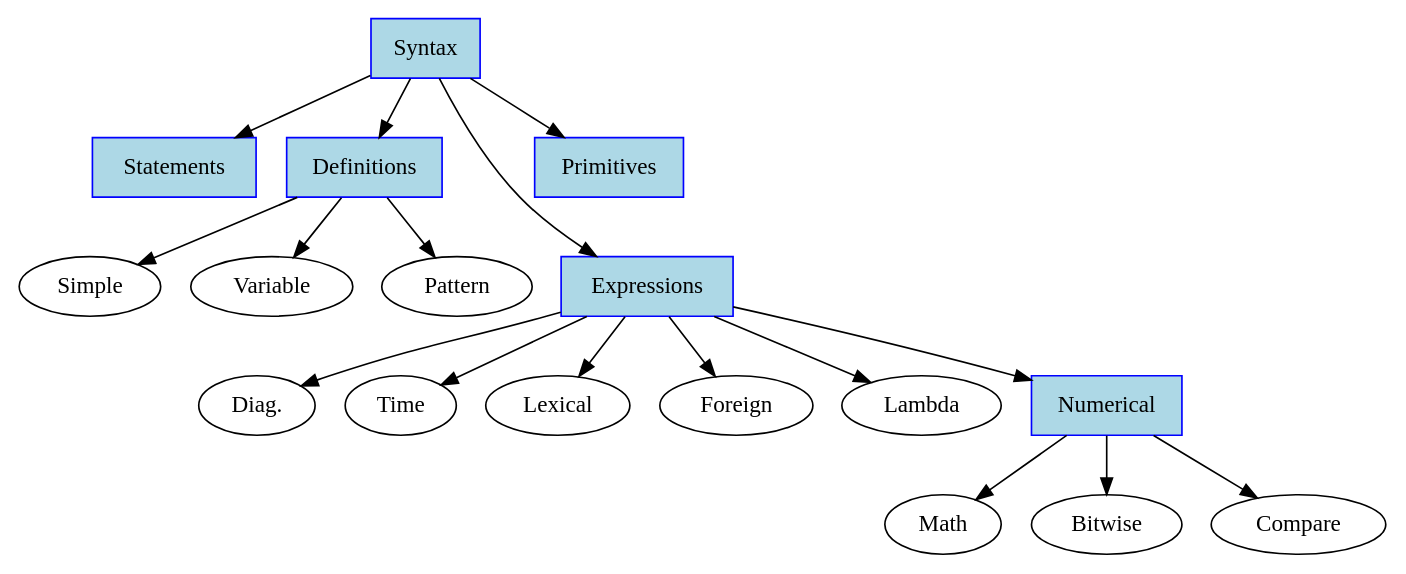
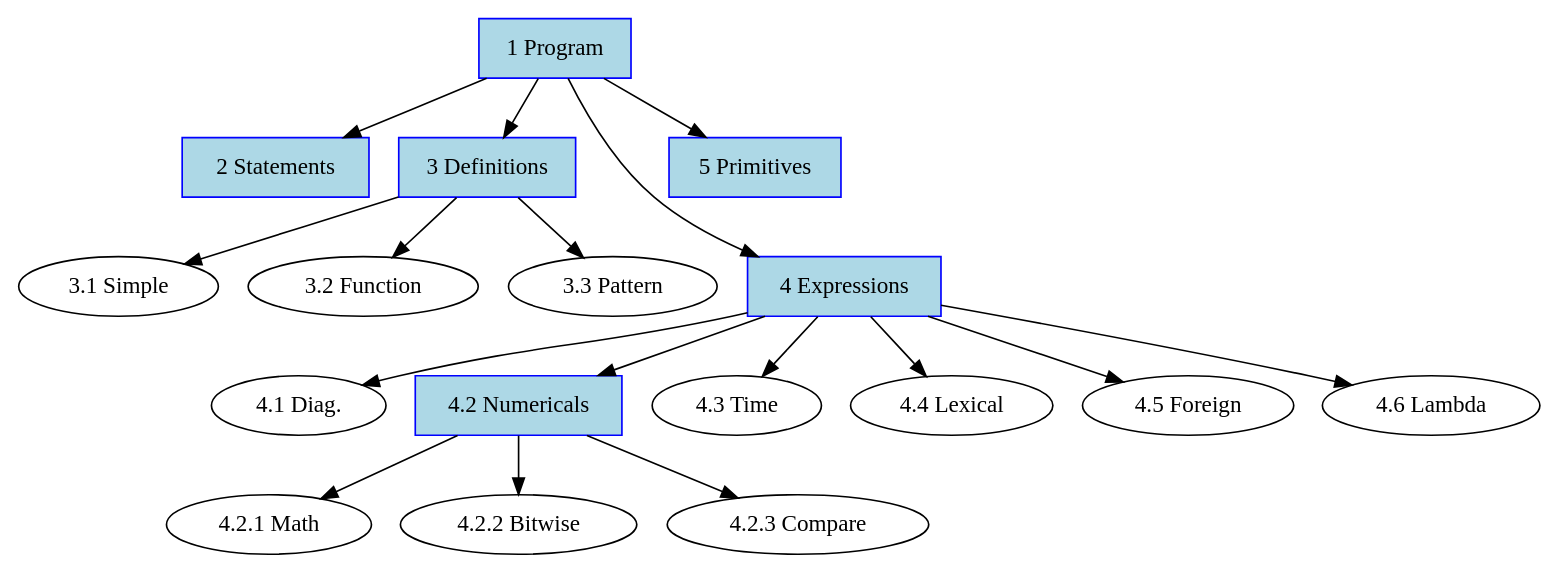
Before and after one commit to grame-cncm/faust: the diagram in documentation/faust-quick-reference-src/illustrations/syntax-chart.dot, drawn with Graphviz. The commit also changed 2 other files, not shown here.

```diff
--- a/documentation/faust-quick-reference-src/illustrations/syntax-chart.dot
+++ b/documentation/faust-quick-reference-src/illustrations/syntax-chart.dot
@@ -1,51 +1,52 @@
  
 strict digraph faustflow {
     root=syntax;
+    ordering=out;
     
+    simple[label="3.1 Simple"];
+    fundef[label="3.2 Function"];
+    patdef[label="3.3 Pattern"];
     
-    simple[label="Simple"];
-    fundef[label="Variable"];
-    patdef[label="Pattern"];
+    diag[label="4.1 Diag."];
+    math[label="4.2.1 Math"];
+    bit[label="4.2.2 Bitwise"];
+    cmp[label="4.2.3 Compare"];
     
-    diag[label="Diag."];
-    math[label="Math"];
-    bit[label="Bitwise"];
-    cmp[label="Compare"];
-    
-    time[label="Time"];
-    env[label="Lexical"];
-    foreign[label="Foreign"];
-    prog[label="Lambda"];
+    time[label="4.3 Time"];
+    env[label="4.4 Lexical"];
+    foreign[label="4.5 Foreign"];
+    prog[label="4.6 Lambda"];
 
 
 
     node[shape=box, color=blue, fillcolor=lightblue, style=filled];
-    syntax[label="Syntax"];
-    program[label="Statements"];
-    definition[label="Definitions"];
-    expr[label="Expressions"];
-    prim[label="Primitives"];
-    infix[label="Numerical"];
+    syntax[label="1 Program"];
+    statement[label="2 Statements"];
+    definition[label="3 Definitions"];
+    expr[label="4 Expressions"];
+    prim[label="5 Primitives"];
+    infix[label="4.2 Numericals"];
   
 
-    syntax->program;
+    syntax->statement;
     syntax->definition;
     syntax->expr;
     syntax->prim;
     
     definition->simple;
     definition->fundef;
     definition->patdef;
 
     expr->diag;		{rank=same; expr simple}
     expr->infix;
+    
+    infix->math;
+    infix->bit;
+    infix->cmp;
+
     expr->time;
     expr->env;
     expr->foreign;
     expr->prog;
     
-    infix->math;
-    infix->bit;
-    infix->cmp;
-    
 }
```
